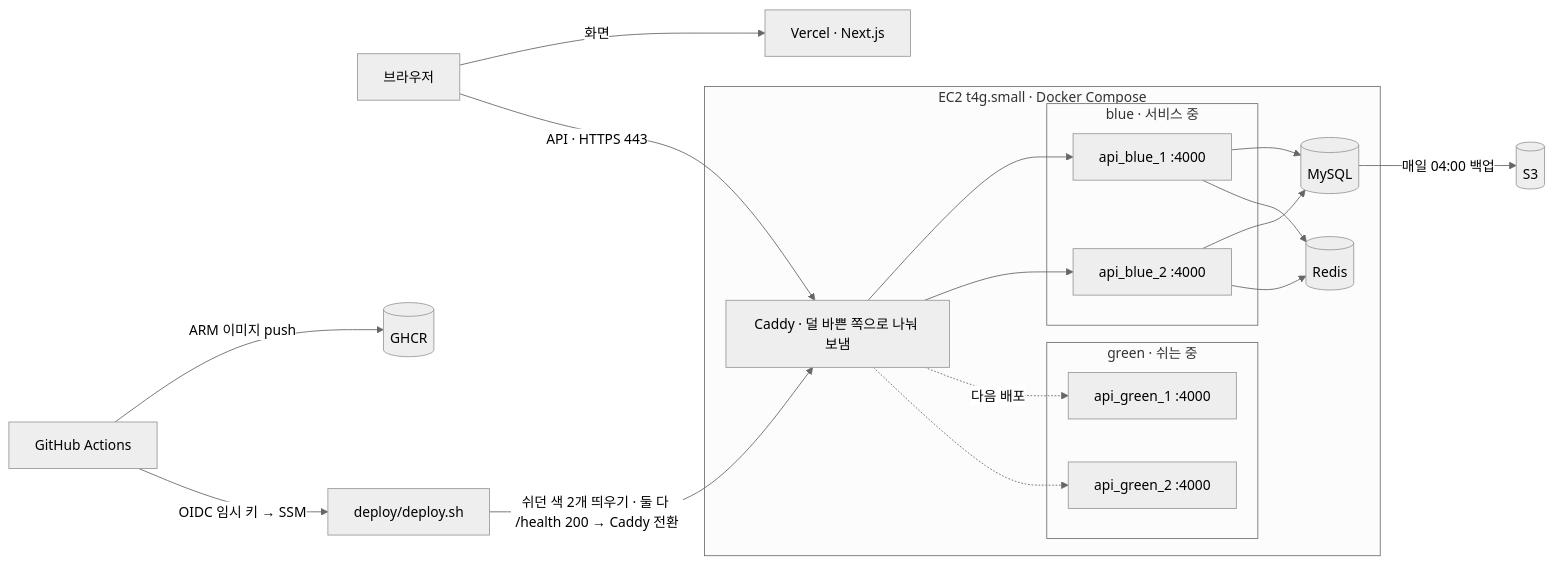
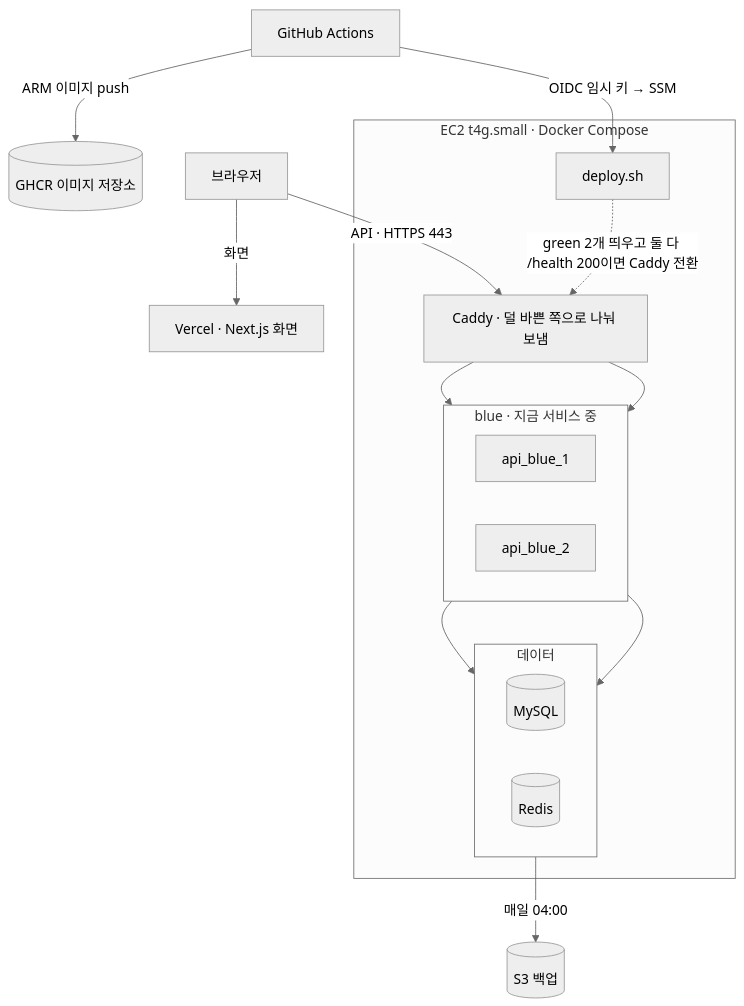
The diagram in README.md (POcodingWER/backend-visualized), drawn with Mermaid (neutral theme) before and after one commit. The commit also changed 5 other files, not shown here.

Commit message:
docs: 7장 '네 군데'로 정정, README 구조도 다시 그림, 문서의 옛 한계 상태 맞춤

````diff
--- a/README.md
+++ b/README.md
@@ -37,30 +37,34 @@
 ```mermaid
-flowchart LR
-  B[브라우저] -->|화면| V[Vercel · Next.js]
+flowchart TB
+  B[브라우저]
+  V[Vercel · Next.js 화면]
+  GH[GitHub Actions]
+  GHCR[(GHCR 이미지 저장소)]
+  S3[(S3 백업)]
+
   subgraph EC2[EC2 t4g.small · Docker Compose]
     C[Caddy · 덜 바쁜 쪽으로 나눠 보냄]
-    subgraph BLUE[blue · 서비스 중]
-      AB1[api_blue_1 :4000]
-      AB2[api_blue_2 :4000]
+    subgraph BLUE[blue · 지금 서비스 중]
+      direction LR
+      AB1[api_blue_1]
+      AB2[api_blue_2]
     end
-    subgraph GREEN[green · 쉬는 중]
-      AG1[api_green_1 :4000]
-      AG2[api_green_2 :4000]
+    subgraph DATA[데이터]
+      direction LR
+      M[(MySQL)]
+      R[(Redis)]
     end
-    M[(MySQL)]
-    R[(Redis)]
-    C --> AB1
-    C --> AB2
-    C -.->|다음 배포| AG1
-    C -.-> AG2
-    AB1 --> M
-    AB1 --> R
-    AB2 --> M
-    AB2 --> R
+    D[deploy.sh]
   end
+
+  B -->|화면| V
   B -->|API · HTTPS 443| C
-  GH[GitHub Actions] -->|ARM 이미지 push| GHCR[(GHCR)]
-  GH -->|OIDC 임시 키 → SSM| D[deploy/deploy.sh]
-  D -->|쉬던 색 2개 띄우기 · 둘 다 /health 200 → Caddy 전환| C
-  M -->|매일 04:00 백업| S3[(S3)]
+  C --> AB1
+  C --> AB2
+  AB1 --> DATA
+  AB2 --> DATA
+  M -->|매일 04:00| S3
+  GH -->|ARM 이미지 push| GHCR
+  GH -->|OIDC 임시 키 → SSM| D
+  D -.->|green 2개 띄우고 둘 다 /health 200이면 Caddy 전환| C
 ```
````
